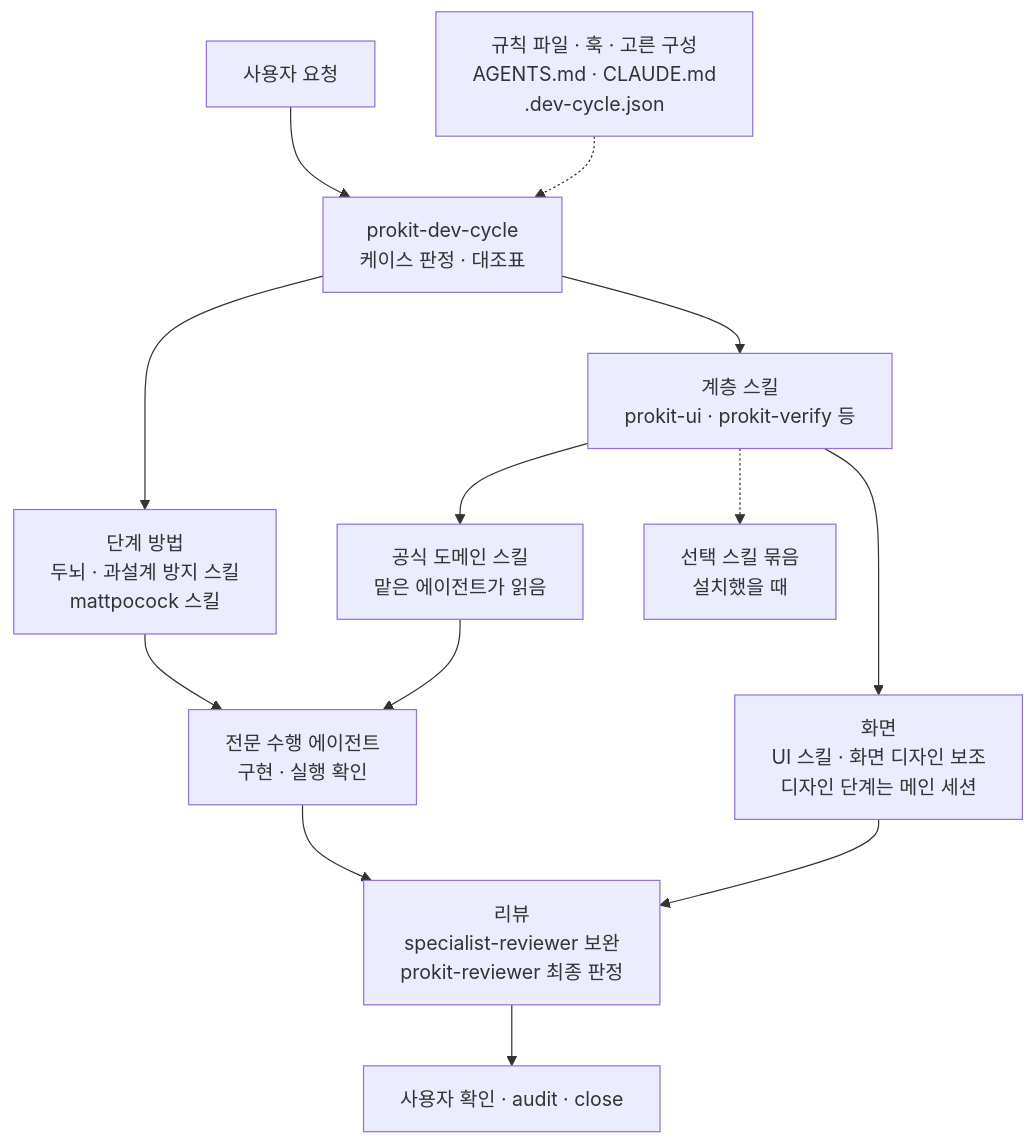
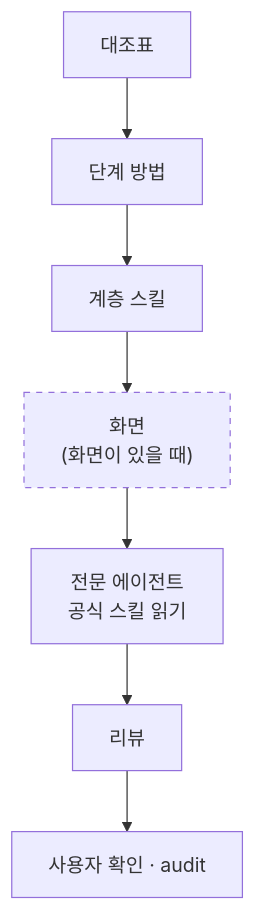
One commit to roadkwon-ai/pro-kit-ui changed the second of 4 diagrams in handbook/skills/skill-map.md. Above: the diagram before and after it, drawn with Mermaid. The commit also changed other lines of this file and 41 other files, not shown here.

````diff
--- a/handbook/skills/skill-map.md
+++ b/handbook/skills/skill-map.md
@@ -9,21 +24,18 @@
 ```mermaid
 ---
 config:
   flowchart:
-    wrappingWidth: 220
+    wrappingWidth: 200
 ---
 flowchart TB
-  RULES["규칙 파일 · 훅 · 고른 구성<br/>AGENTS.md · CLAUDE.md<br/>.dev-cycle.json"]
-  REQ["사용자 요청"] --> DC["prokit-dev-cycle<br/>케이스 판정 · 대조표"]
-  RULES -.-> DC
-  DC --> M["단계 방법<br/>두뇌 · 과설계 방지 스킬<br/>mattpocock 스킬"]
-  DC --> L["계층 스킬<br/>prokit-ui · prokit-verify 등"]
-  L --> UI["화면<br/>UI 스킬 · 화면 디자인 보조<br/>디자인 단계는 메인 세션"]
-  L --> OF["공식 도메인 스킬<br/>맡은 에이전트가 읽음"]
-  L -.-> OP["선택 스킬 묶음<br/>설치했을 때"]
-  M --> IMP["전문 수행 에이전트<br/>구현 · 실행 확인"]
-  OF --> IMP
-  IMP --> REV["리뷰<br/>specialist-reviewer 보완<br/>prokit-reviewer 최종 판정"]
-  UI --> REV
-  REV --> AUD["사용자 확인 · audit · close"]
+  accTitle: 대조표 뒤에 일하는 쪽
+  accDescr: 대조표의 단계마다 고른 구성이 방법을 정하고, 계층 스킬이 분야마다 읽을 스킬과 맡을 에이전트를 정해요. 화면이 있으면 화면 설계를 거치고, 없으면 이 단계를 건너뛰어요. 전문 에이전트는 공식 스킬을 읽어요. 이어서 리뷰, 사용자 확인과 audit으로 가요.
+  T["대조표"] --> M["단계 방법"]
+  M --> L["계층 스킬"]
+  L --> UI["화면<br/>(화면이 있을 때)"]
+  UI --> IMP["전문 에이전트<br/>공식 스킬 읽기"]
+  IMP --> REV["리뷰"]
+  REV --> AUD["사용자 확인 · audit"]
+  classDef opt stroke-dasharray: 5 5
+  class UI opt
 ```
````
